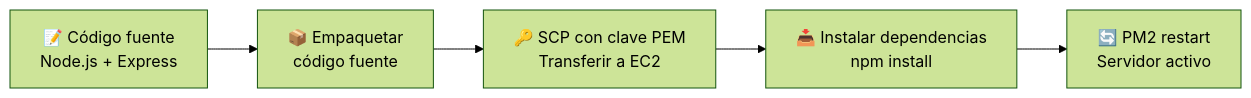
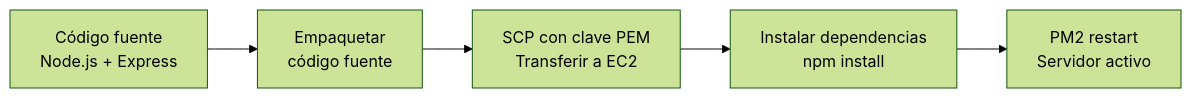
The third of 4 diagrams in AWS_DOCS/DOCUMENTACION_DESPLIEGUE_AWS.md (Macarorn/scrum-frontend), drawn with Mermaid (forest theme) before and after one commit. The commit also changed other lines of this file and 4 other files, not shown here.

````diff
--- a/AWS_DOCS/DOCUMENTACION_DESPLIEGUE_AWS.md
+++ b/AWS_DOCS/DOCUMENTACION_DESPLIEGUE_AWS.md
@@ -312,7 +312,7 @@
 ```mermaid
 graph LR
-    A["📝 Código fuente<br/>Node.js + Express"] --> B["📦 Empaquetar<br/>código fuente"]
-    B --> C["🔑 SCP con clave PEM<br/>Transferir a EC2"]
-    C --> D["📥 Instalar dependencias<br/>npm install"]
-    D --> E["🔄 PM2 restart<br/>Servidor activo"]
+    A[" Código fuente<br/>Node.js + Express"] --> B[" Empaquetar<br/>código fuente"]
+    B --> C[" SCP con clave PEM<br/>Transferir a EC2"]
+    C --> D[" Instalar dependencias<br/>npm install"]
+    D --> E[" PM2 restart<br/>Servidor activo"]
 ```
````
